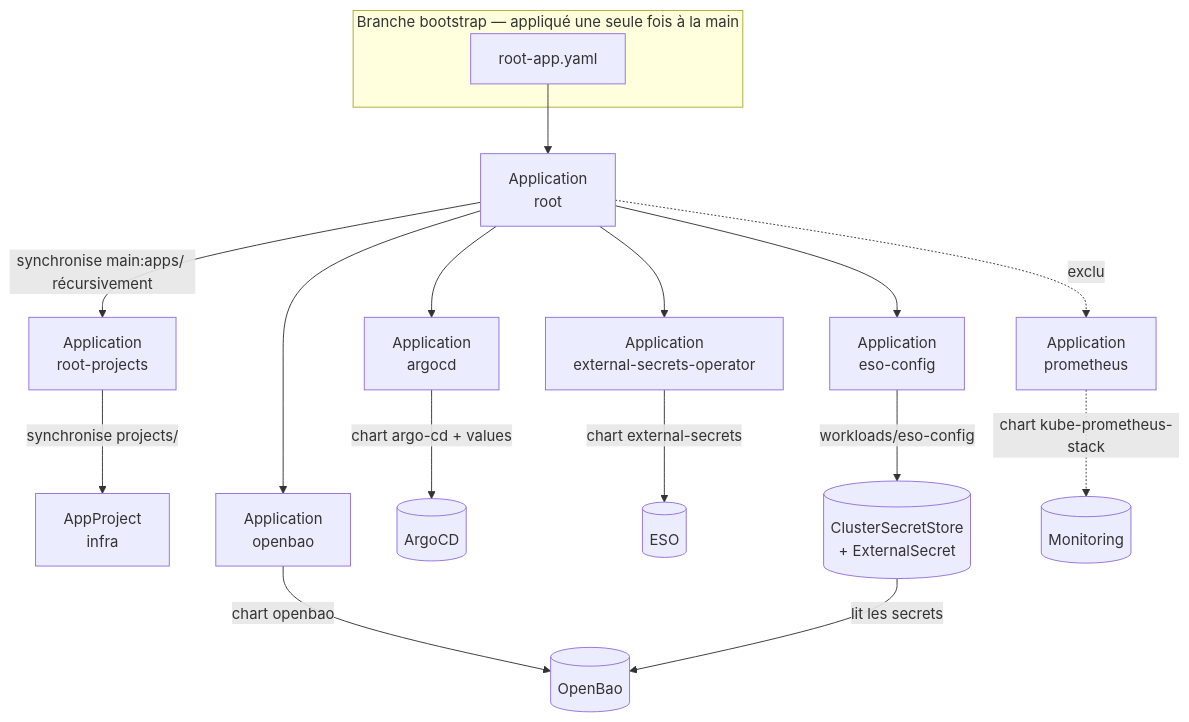
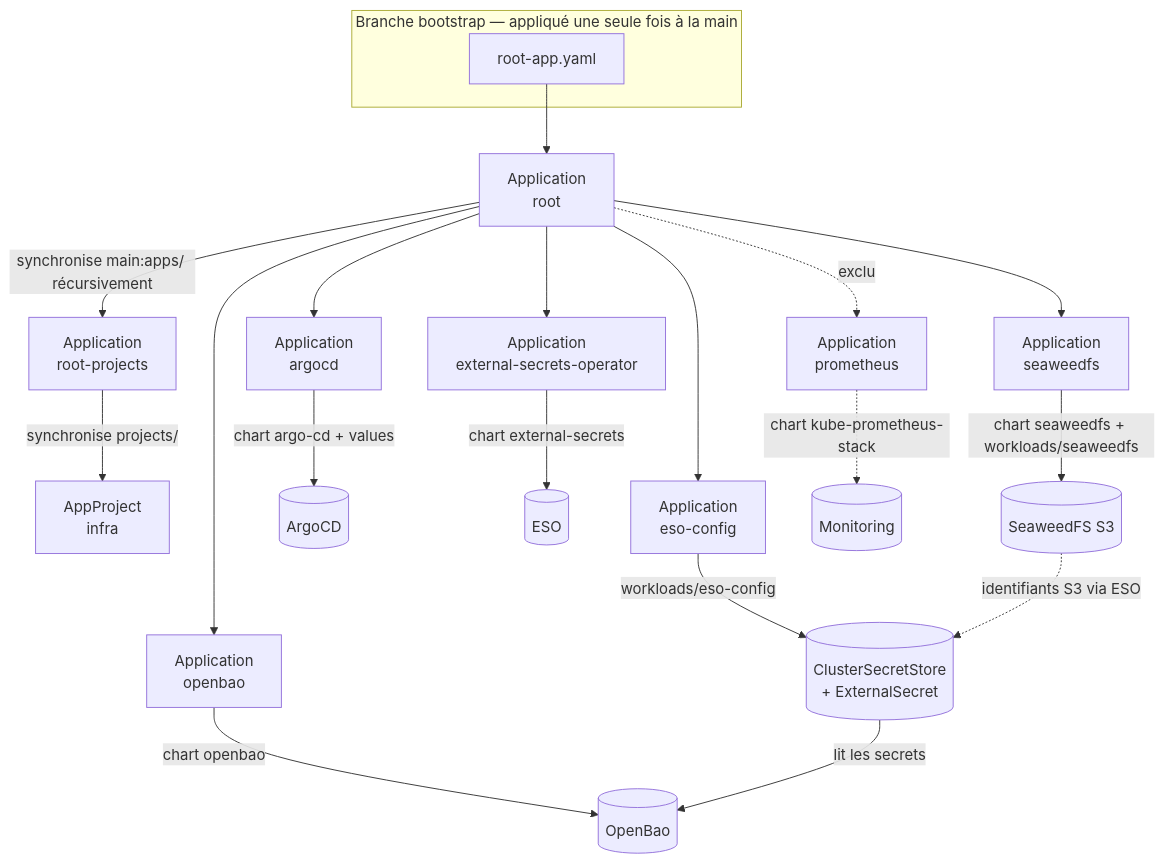
One commit to jeanbaptiste-billaud/ArgoCD_Udemy changed the diagram in README.md. Above: the diagram before and after it, drawn with Mermaid. The commit also changed other lines of this file and 4 other files, not shown here.

````diff
--- a/README.md
+++ b/README.md
@@ -43,25 +44,28 @@
 ```mermaid
 flowchart TD
     subgraph manuel["Branche bootstrap — appliqué une seule fois à la main"]
         RA[root-app.yaml]
     end
 
     RA --> ROOT[Application<br/>root]
 
     ROOT -->|synchronise main:apps/ récursivement| RP[Application<br/>root-projects]
     RP -->|synchronise projects/| PRJ[AppProject<br/>infra]
 
     ROOT --> ARGO[Application<br/>argocd]
     ROOT --> ESO[Application<br/>external-secrets-operator]
     ROOT --> ESOC[Application<br/>eso-config]
     ROOT --> BAO[Application<br/>openbao]
+    ROOT --> SWFS[Application<br/>seaweedfs]
     ROOT -. exclu .-> PROM[Application<br/>prometheus]
 
     ARGO -->|chart argo-cd + values| ARGOCD[(ArgoCD)]
     ESO -->|chart external-secrets| ESOD[(ESO)]
     ESOC -->|workloads/eso-config| CSS[(ClusterSecretStore<br/>+ ExternalSecret)]
     BAO -->|chart openbao| BAOD[(OpenBao)]
+    SWFS -->|chart seaweedfs + workloads/seaweedfs| SWFSD[(SeaweedFS S3)]
     PROM -.->|chart kube-prometheus-stack| PROMD[(Monitoring)]
 
     CSS -->|lit les secrets| BAOD
+    SWFSD -.->|identifiants S3 via ESO| CSS
 ```
````
